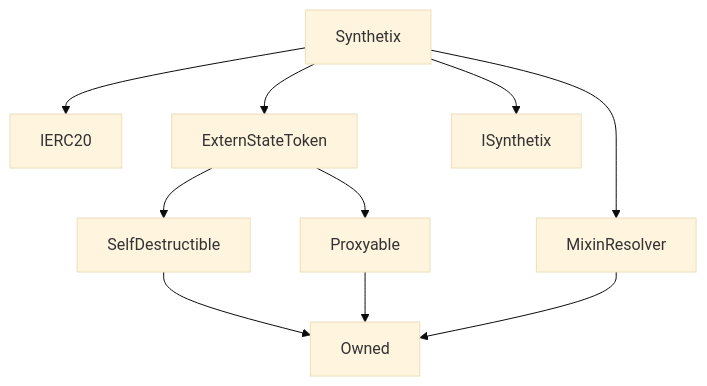
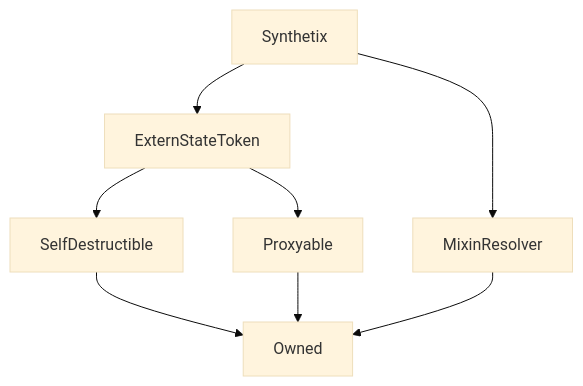
One commit to Synthetixio/synthetix-docs changed the diagram in content/contracts/Synthetix.md. Above: the diagram before and after it, drawn with Mermaid (base theme). The commit also changed 46 other files, not shown here.

````diff
--- a/content/contracts/Synthetix.md
+++ b/content/contracts/Synthetix.md
@@ -9,12 +9,10 @@
 ```mermaid
 graph TD
-    Synthetix[Synthetix] --> IERC20[IERC20]
     Synthetix[Synthetix] --> ExternStateToken[ExternStateToken]
     Synthetix[Synthetix] --> MixinResolver[MixinResolver]
-    Synthetix[Synthetix] --> ISynthetix[ISynthetix]
     ExternStateToken[ExternStateToken] --> SelfDestructible[SelfDestructible]
     ExternStateToken[ExternStateToken] --> Proxyable[Proxyable]
     SelfDestructible[SelfDestructible] --> Owned[Owned]
     Proxyable[Proxyable] --> Owned[Owned]
     MixinResolver[MixinResolver] --> Owned[Owned]
 ```
````
